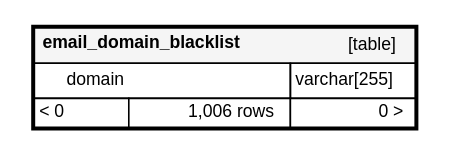
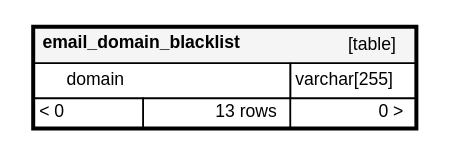
The diagram in diagrams/orphans/email_domain_blacklist.1degree.dot (FAForever/db), drawn with Graphviz before and after one commit. The commit also changed 434 other files, not shown here.

```diff
--- a/diagrams/orphans/email_domain_blacklist.1degree.dot
+++ b/diagrams/orphans/email_domain_blacklist.1degree.dot
@@ -1,30 +1,30 @@
 digraph "email_domain_blacklist" {
   graph [
     rankdir="RL"
     bgcolor="#ffffff"
     nodesep="0.18"
     ranksep="0.46"
     fontname="Helvetica"
     fontsize="11"
     ration="compress"
   ];
   node [
     fontname="Helvetica"
     fontsize="11"
     shape="plaintext"
   ];
   edge [
     arrowsize="0.8"
   ];
   "email_domain_blacklist" [
    label=<
     <TABLE BORDER="2" CELLBORDER="1" CELLSPACING="0" BGCOLOR="#ffffff">
       <TR><TD COLSPAN="4"  BGCOLOR="#f5f5f5"><TABLE BORDER="0" CELLSPACING="0"><TR><TD ALIGN="LEFT"><B>email_domain_blacklist</B></TD><TD ALIGN="RIGHT">[table]</TD></TR></TABLE></TD></TR>
       <TR><TD PORT="domain" COLSPAN="2" BGCOLOR="#ffffff" ALIGN="LEFT"><TABLE BORDER="0" CELLSPACING="0" ALIGN="LEFT"><TR ALIGN="LEFT"><TD ALIGN="LEFT" FIXEDSIZE="TRUE" WIDTH="15" HEIGHT="16"></TD><TD ALIGN="LEFT" FIXEDSIZE="TRUE" WIDTH="139" HEIGHT="16">domain</TD></TR></TABLE></TD><TD PORT="domain.type" ALIGN="LEFT">varchar[255]</TD></TR>
-      <TR><TD ALIGN="LEFT" BGCOLOR="#ffffff">&lt; 0</TD><TD ALIGN="RIGHT" BGCOLOR="#ffffff">1,006 rows</TD><TD ALIGN="RIGHT" BGCOLOR="#ffffff">0 &gt;</TD></TR>
+      <TR><TD ALIGN="LEFT" BGCOLOR="#ffffff">&lt; 0</TD><TD ALIGN="RIGHT" BGCOLOR="#ffffff">13 rows</TD><TD ALIGN="RIGHT" BGCOLOR="#ffffff">0 &gt;</TD></TR>
     </TABLE>>
     URL="tables/email_domain_blacklist.html"
     target="_top"
     tooltip="email_domain_blacklist"
   ];
 }
```
